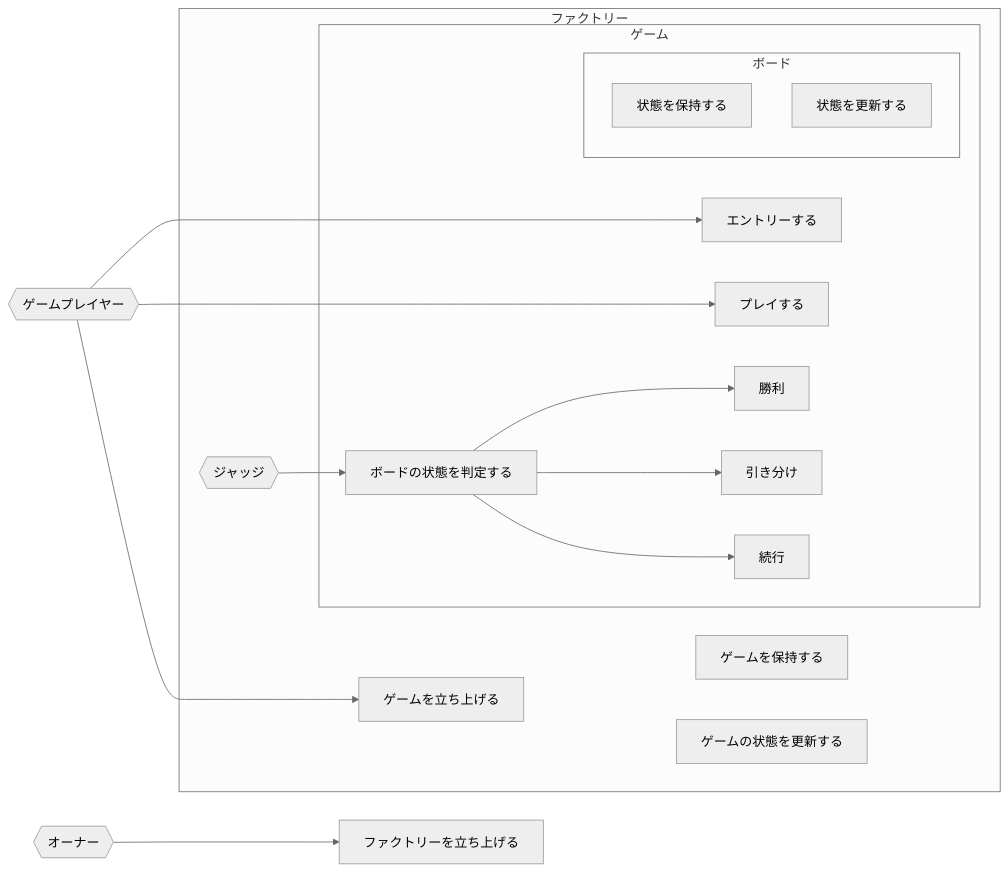
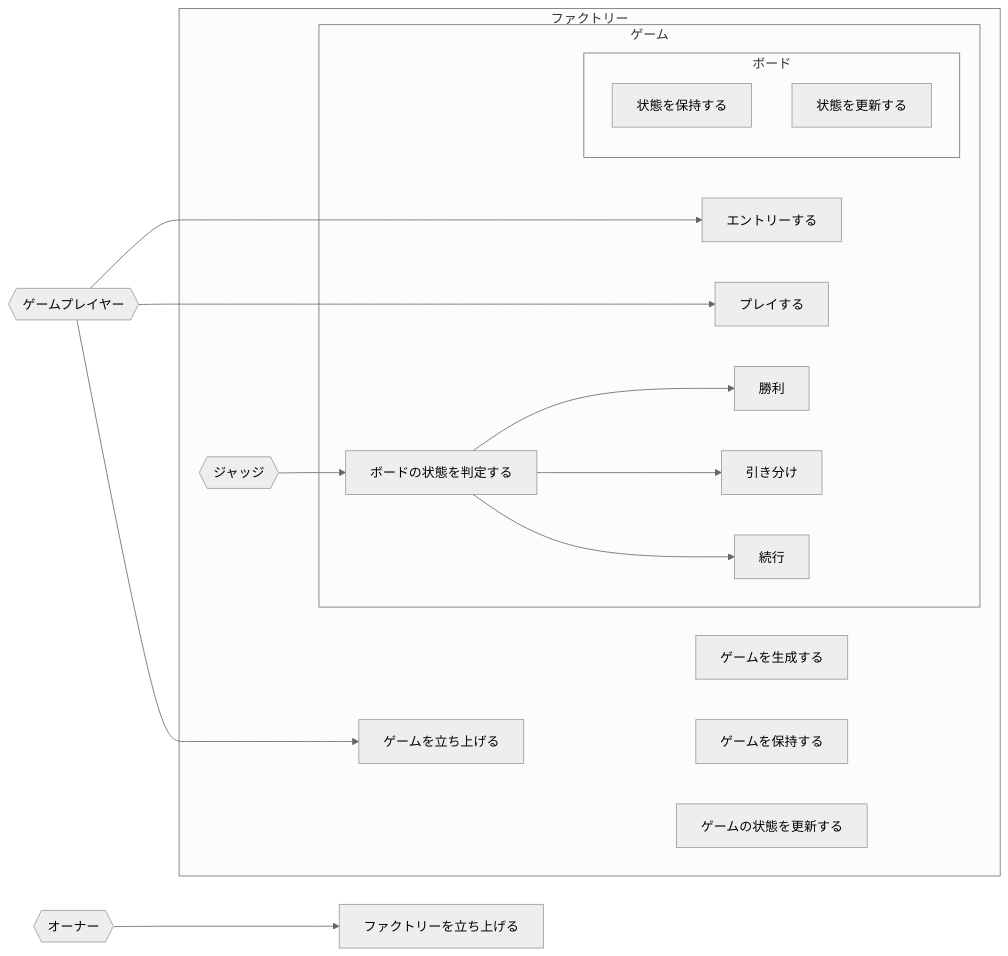
One commit to 0xHaku/preprod-gomoku changed the diagram in doc/usecase.md. Above: the diagram before and after it, drawn with Mermaid (neutral theme). The commit also changed 2 other files, not shown here.

````diff
--- a/doc/usecase.md
+++ b/doc/usecase.md
@@ -1,42 +1,43 @@
 ```mermaid
     flowchart LR
 
     ow{{オーナー}}
     p{{ゲームプレイヤー}}
     j{{ジャッジ}}
 
     ow--->OW1[ファクトリーを立ち上げる]
-    OW2["ゲームを保持する"]
-    OW3["ゲームの状態を更新する"]
+    F1[ゲームを生成する]
+    F2[ゲームを保持する]
+    F3[ゲームの状態を更新する]
     p--->P1[ゲームを立ち上げる]
     p---->P2[エントリーする]
     p---->P3[プレイする]
 
     j-->J1[ボードの状態を判定する]
     J1-->J1J1[勝利]
     J1-->J1J2[引き分け]
     J1-->J1J3[続行]
 
-    B1["状態を保持する"]
-    B2["状態を更新する"]
-
+    B1[状態を保持する]
+    B2[状態を更新する]
 
     subgraph ファクトリー
         P1
-        OW2
-        OW3
+        F1
+        F2
+        F3
         j
         subgraph ゲーム
             P2
             P3
             J1
             J1J1
             J1J2
             J1J3
             subgraph ボード
                 B1
                 B2
             end
         end
     end
 ```
````
